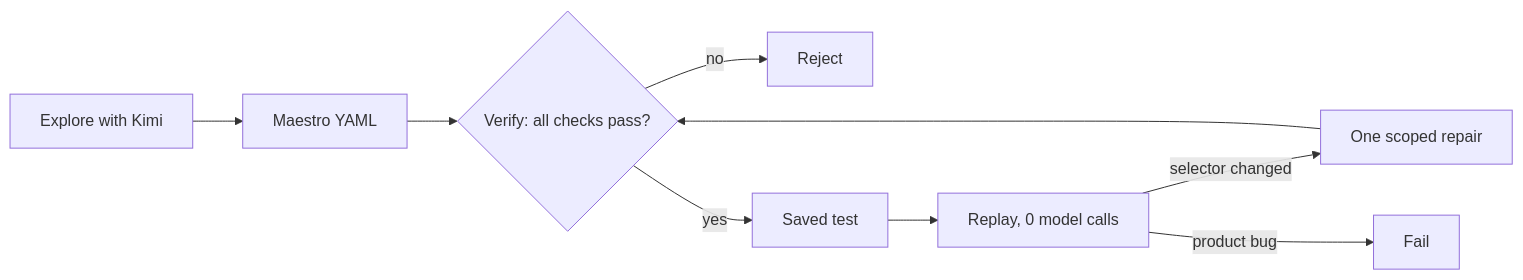
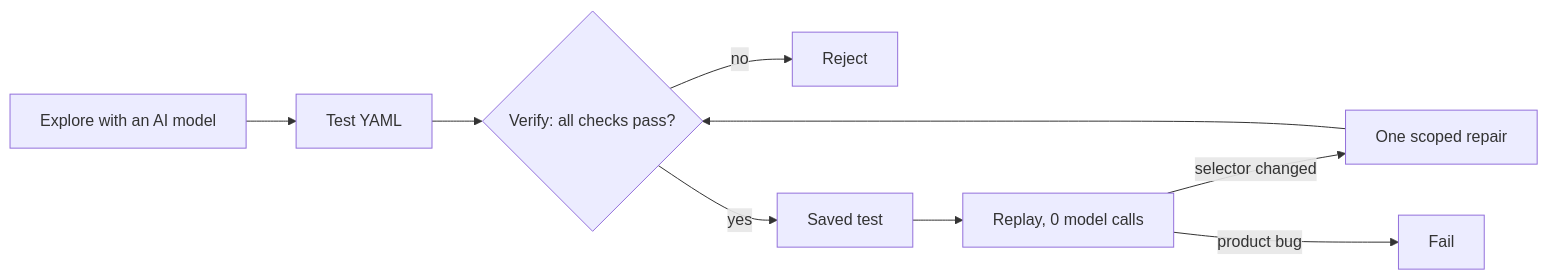
One commit to seankim-android/deja changed the diagram in README.md. Above: the diagram before and after it, drawn with Mermaid. The commit also changed other lines of this file and 2 other files, not shown here.

````diff
--- a/README.md
+++ b/README.md
@@ -29,11 +35,11 @@
 ```mermaid
 flowchart LR
-  A[Explore with Kimi] --> B[Maestro YAML]
+  A[Explore with an AI model] --> B[Test YAML]
   B --> C{Verify: all checks pass?}
   C -- no --> X[Reject]
   C -- yes --> D[Saved test]
   D --> E[Replay, 0 model calls]
   E -- selector changed --> F[One scoped repair]
   F --> C
   E -- product bug --> G[Fail]
 ```
````
